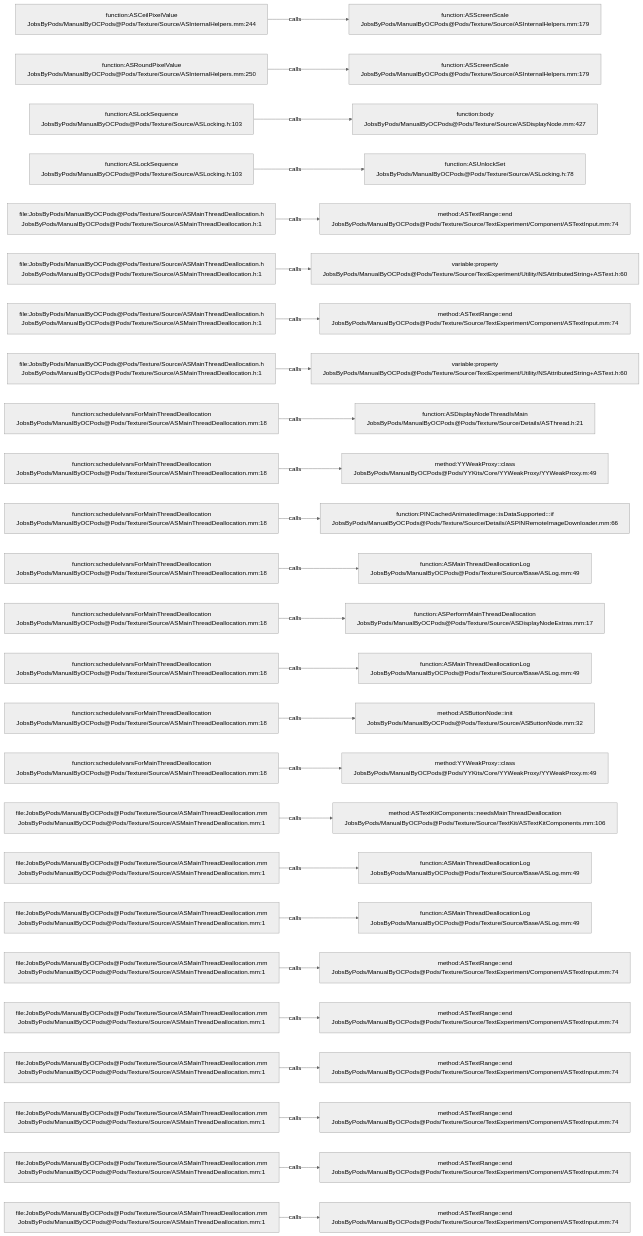
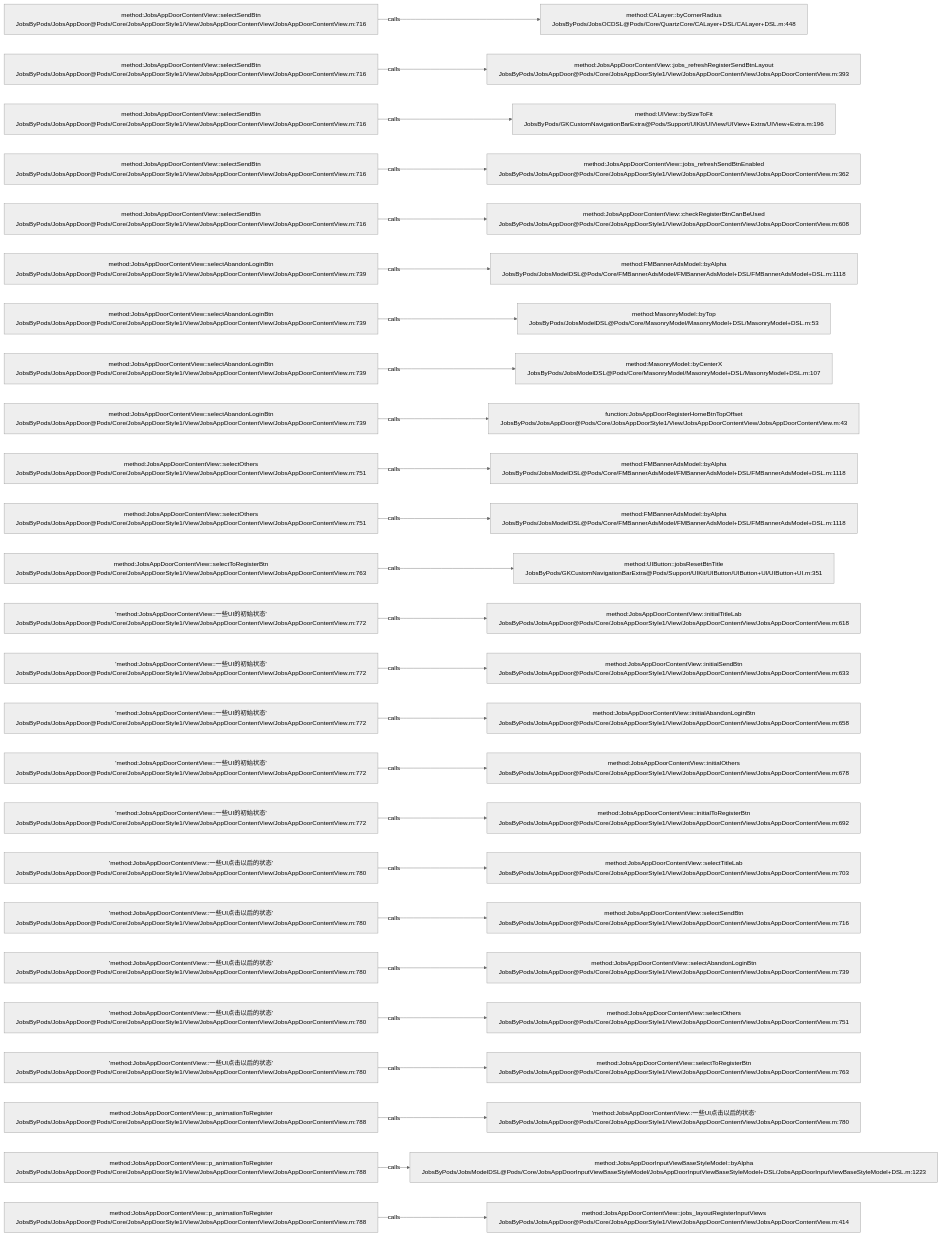
Before and after one commit to JobsKits/JobsOCBaseConfigDemo: the diagram in .codegraph/codegraph.md/graphs/calls-097.md, drawn with Mermaid (neutral theme). The commit also changed 768 other files, not shown here.

````diff
--- a/.codegraph/codegraph.md/graphs/calls-097.md
+++ b/.codegraph/codegraph.md/graphs/calls-097.md
@@ -13,78 +13,78 @@
 ```mermaid
 flowchart LR
-  S1["function:ASCeilPixelValue<br/>JobsByPods/ManualByOCPods@Pods/Texture/Source/ASInternalHelpers.mm:244"]
-  T1["function:ASScreenScale<br/>JobsByPods/ManualByOCPods@Pods/Texture/Source/ASInternalHelpers.mm:179"]
+  S1["method:JobsAppDoorContentView::selectSendBtn<br/>JobsByPods/JobsAppDoor@Pods/Core/JobsAppDoorStyle1/View/JobsAppDoorContentView/JobsAppDoorContentView.m:716"]
+  T1["method:CALayer::byCornerRadius<br/>JobsByPods/JobsOCDSL@Pods/Core/QuartzCore/CALayer+DSL/CALayer+DSL.m:448"]
   S1 -->|calls| T1
-  S2["function:ASRoundPixelValue<br/>JobsByPods/ManualByOCPods@Pods/Texture/Source/ASInternalHelpers.mm:250"]
-  T2["function:ASScreenScale<br/>JobsByPods/ManualByOCPods@Pods/Texture/Source/ASInternalHelpers.mm:179"]
+  S2["method:JobsAppDoorContentView::selectSendBtn<br/>JobsByPods/JobsAppDoor@Pods/Core/JobsAppDoorStyle1/View/JobsAppDoorContentView/JobsAppDoorContentView.m:716"]
+  T2["method:JobsAppDoorContentView::jobs_refreshRegisterSendBtnLayout<br/>JobsByPods/JobsAppDoor@Pods/Core/JobsAppDoorStyle1/View/JobsAppDoorContentView/JobsAppDoorContentView.m:393"]
   S2 -->|calls| T2
-  S3["function:ASLockSequence<br/>JobsByPods/ManualByOCPods@Pods/Texture/Source/ASLocking.h:103"]
-  T3["function:body<br/>JobsByPods/ManualByOCPods@Pods/Texture/Source/ASDisplayNode.mm:427"]
+  S3["method:JobsAppDoorContentView::selectSendBtn<br/>JobsByPods/JobsAppDoor@Pods/Core/JobsAppDoorStyle1/View/JobsAppDoorContentView/JobsAppDoorContentView.m:716"]
+  T3["method:UIView::bySizeToFit<br/>JobsByPods/GKCustomNavigationBarExtra@Pods/Support/UIKit/UIView/UIView+Extra/UIView+Extra.m:196"]
   S3 -->|calls| T3
-  S4["function:ASLockSequence<br/>JobsByPods/ManualByOCPods@Pods/Texture/Source/ASLocking.h:103"]
-  T4["function:ASUnlockSet<br/>JobsByPods/ManualByOCPods@Pods/Texture/Source/ASLocking.h:78"]
+  S4["method:JobsAppDoorContentView::selectSendBtn<br/>JobsByPods/JobsAppDoor@Pods/Core/JobsAppDoorStyle1/View/JobsAppDoorContentView/JobsAppDoorContentView.m:716"]
+  T4["method:JobsAppDoorContentView::jobs_refreshSendBtnEnabled<br/>JobsByPods/JobsAppDoor@Pods/Core/JobsAppDoorStyle1/View/JobsAppDoorContentView/JobsAppDoorContentView.m:362"]
   S4 -->|calls| T4
-  S5["file:JobsByPods/ManualByOCPods@Pods/Texture/Source/ASMainThreadDeallocation.h<br/>JobsByPods/ManualByOCPods@Pods/Texture/Source/ASMainThreadDeallocation.h:1"]
-  T5["method:ASTextRange::end<br/>JobsByPods/ManualByOCPods@Pods/Texture/Source/TextExperiment/Component/ASTextInput.mm:74"]
+  S5["method:JobsAppDoorContentView::selectSendBtn<br/>JobsByPods/JobsAppDoor@Pods/Core/JobsAppDoorStyle1/View/JobsAppDoorContentView/JobsAppDoorContentView.m:716"]
+  T5["method:JobsAppDoorContentView::checkRegisterBtnCanBeUsed<br/>JobsByPods/JobsAppDoor@Pods/Core/JobsAppDoorStyle1/View/JobsAppDoorContentView/JobsAppDoorContentView.m:608"]
   S5 -->|calls| T5
-  S6["file:JobsByPods/ManualByOCPods@Pods/Texture/Source/ASMainThreadDeallocation.h<br/>JobsByPods/ManualByOCPods@Pods/Texture/Source/ASMainThreadDeallocation.h:1"]
-  T6["variable:property<br/>JobsByPods/ManualByOCPods@Pods/Texture/Source/TextExperiment/Utility/NSAttributedString+ASText.h:60"]
+  S6["method:JobsAppDoorContentView::selectAbandonLoginBtn<br/>JobsByPods/JobsAppDoor@Pods/Core/JobsAppDoorStyle1/View/JobsAppDoorContentView/JobsAppDoorContentView.m:739"]
+  T6["method:FMBannerAdsModel::byAlpha<br/>JobsByPods/JobsModelDSL@Pods/Core/FMBannerAdsModel/FMBannerAdsModel+DSL/FMBannerAdsModel+DSL.m:1118"]
   S6 -->|calls| T6
-  S7["file:JobsByPods/ManualByOCPods@Pods/Texture/Source/ASMainThreadDeallocation.h<br/>JobsByPods/ManualByOCPods@Pods/Texture/Source/ASMainThreadDeallocation.h:1"]
-  T7["method:ASTextRange::end<br/>JobsByPods/ManualByOCPods@Pods/Texture/Source/TextExperiment/Component/ASTextInput.mm:74"]
+  S7["method:JobsAppDoorContentView::selectAbandonLoginBtn<br/>JobsByPods/JobsAppDoor@Pods/Core/JobsAppDoorStyle1/View/JobsAppDoorContentView/JobsAppDoorContentView.m:739"]
+  T7["method:MasonryModel::byTop<br/>JobsByPods/JobsModelDSL@Pods/Core/MasonryModel/MasonryModel+DSL/MasonryModel+DSL.m:53"]
   S7 -->|calls| T7
-  S8["file:JobsByPods/ManualByOCPods@Pods/Texture/Source/ASMainThreadDeallocation.h<br/>JobsByPods/ManualByOCPods@Pods/Texture/Source/ASMainThreadDeallocation.h:1"]
-  T8["variable:property<br/>JobsByPods/ManualByOCPods@Pods/Texture/Source/TextExperiment/Utility/NSAttributedString+ASText.h:60"]
+  S8["method:JobsAppDoorContentView::selectAbandonLoginBtn<br/>JobsByPods/JobsAppDoor@Pods/Core/JobsAppDoorStyle1/View/JobsAppDoorContentView/JobsAppDoorContentView.m:739"]
+  T8["method:MasonryModel::byCenterX<br/>JobsByPods/JobsModelDSL@Pods/Core/MasonryModel/MasonryModel+DSL/MasonryModel+DSL.m:107"]
   S8 -->|calls| T8
-  S9["function:scheduleIvarsForMainThreadDeallocation<br/>JobsByPods/ManualByOCPods@Pods/Texture/Source/ASMainThreadDeallocation.mm:18"]
-  T9["function:ASDisplayNodeThreadIsMain<br/>JobsByPods/ManualByOCPods@Pods/Texture/Source/Details/ASThread.h:21"]
+  S9["method:JobsAppDoorContentView::selectAbandonLoginBtn<br/>JobsByPods/JobsAppDoor@Pods/Core/JobsAppDoorStyle1/View/JobsAppDoorContentView/JobsAppDoorContentView.m:739"]
+  T9["function:JobsAppDoorRegisterHomeBtnTopOffset<br/>JobsByPods/JobsAppDoor@Pods/Core/JobsAppDoorStyle1/View/JobsAppDoorContentView/JobsAppDoorContentView.m:43"]
   S9 -->|calls| T9
-  S10["function:scheduleIvarsForMainThreadDeallocation<br/>JobsByPods/ManualByOCPods@Pods/Texture/Source/ASMainThreadDeallocation.mm:18"]
-  T10["method:YYWeakProxy::class<br/>JobsByPods/ManualByOCPods@Pods/YYKits/Core/YYWeakProxy/YYWeakProxy.m:49"]
+  S10["method:JobsAppDoorContentView::selectOthers<br/>JobsByPods/JobsAppDoor@Pods/Core/JobsAppDoorStyle1/View/JobsAppDoorContentView/JobsAppDoorContentView.m:751"]
+  T10["method:FMBannerAdsModel::byAlpha<br/>JobsByPods/JobsModelDSL@Pods/Core/FMBannerAdsModel/FMBannerAdsModel+DSL/FMBannerAdsModel+DSL.m:1118"]
   S10 -->|calls| T10
-  S11["function:scheduleIvarsForMainThreadDeallocation<br/>JobsByPods/ManualByOCPods@Pods/Texture/Source/ASMainThreadDeallocation.mm:18"]
-  T11["function:PINCachedAnimatedImage::isDataSupported:::if<br/>JobsByPods/ManualByOCPods@Pods/Texture/Source/Details/ASPINRemoteImageDownloader.mm:66"]
+  S11["method:JobsAppDoorContentView::selectOthers<br/>JobsByPods/JobsAppDoor@Pods/Core/JobsAppDoorStyle1/View/JobsAppDoorContentView/JobsAppDoorContentView.m:751"]
+  T11["method:FMBannerAdsModel::byAlpha<br/>JobsByPods/JobsModelDSL@Pods/Core/FMBannerAdsModel/FMBannerAdsModel+DSL/FMBannerAdsModel+DSL.m:1118"]
   S11 -->|calls| T11
-  S12["function:scheduleIvarsForMainThreadDeallocation<br/>JobsByPods/ManualByOCPods@Pods/Texture/Source/ASMainThreadDeallocation.mm:18"]
-  T12["function:ASMainThreadDeallocationLog<br/>JobsByPods/ManualByOCPods@Pods/Texture/Source/Base/ASLog.mm:49"]
+  S12["method:JobsAppDoorContentView::selectToRegisterBtn<br/>JobsByPods/JobsAppDoor@Pods/Core/JobsAppDoorStyle1/View/JobsAppDoorContentView/JobsAppDoorContentView.m:763"]
+  T12["method:UIButton::jobsResetBtnTitle<br/>JobsByPods/GKCustomNavigationBarExtra@Pods/Support/UIKit/UIButton/UIButton+UI/UIButton+UI.m:351"]
   S12 -->|calls| T12
-  S13["function:scheduleIvarsForMainThreadDeallocation<br/>JobsByPods/ManualByOCPods@Pods/Texture/Source/ASMainThreadDeallocation.mm:18"]
-  T13["function:ASPerformMainThreadDeallocation<br/>JobsByPods/ManualByOCPods@Pods/Texture/Source/ASDisplayNodeExtras.mm:17"]
+  S13["'method:JobsAppDoorContentView::一些UI的初始状态'<br/>JobsByPods/JobsAppDoor@Pods/Core/JobsAppDoorStyle1/View/JobsAppDoorContentView/JobsAppDoorContentView.m:772"]
+  T13["method:JobsAppDoorContentView::initialTitleLab<br/>JobsByPods/JobsAppDoor@Pods/Core/JobsAppDoorStyle1/View/JobsAppDoorContentView/JobsAppDoorContentView.m:618"]
   S13 -->|calls| T13
-  S14["function:scheduleIvarsForMainThreadDeallocation<br/>JobsByPods/ManualByOCPods@Pods/Texture/Source/ASMainThreadDeallocation.mm:18"]
-  T14["function:ASMainThreadDeallocationLog<br/>JobsByPods/ManualByOCPods@Pods/Texture/Source/Base/ASLog.mm:49"]
+  S14["'method:JobsAppDoorContentView::一些UI的初始状态'<br/>JobsByPods/JobsAppDoor@Pods/Core/JobsAppDoorStyle1/View/JobsAppDoorContentView/JobsAppDoorContentView.m:772"]
+  T14["method:JobsAppDoorContentView::initialSendBtn<br/>JobsByPods/JobsAppDoor@Pods/Core/JobsAppDoorStyle1/View/JobsAppDoorContentView/JobsAppDoorContentView.m:633"]
   S14 -->|calls| T14
-  S15["function:scheduleIvarsForMainThreadDeallocation<br/>JobsByPods/ManualByOCPods@Pods/Texture/Source/ASMainThreadDeallocation.mm:18"]
-  T15["method:ASButtonNode::init<br/>JobsByPods/ManualByOCPods@Pods/Texture/Source/ASButtonNode.mm:32"]
+  S15["'method:JobsAppDoorContentView::一些UI的初始状态'<br/>JobsByPods/JobsAppDoor@Pods/Core/JobsAppDoorStyle1/View/JobsAppDoorContentView/JobsAppDoorContentView.m:772"]
+  T15["method:JobsAppDoorContentView::initialAbandonLoginBtn<br/>JobsByPods/JobsAppDoor@Pods/Core/JobsAppDoorStyle1/View/JobsAppDoorContentView/JobsAppDoorContentView.m:658"]
   S15 -->|calls| T15
-  S16["function:scheduleIvarsForMainThreadDeallocation<br/>JobsByPods/ManualByOCPods@Pods/Texture/Source/ASMainThreadDeallocation.mm:18"]
-  T16["method:YYWeakProxy::class<br/>JobsByPods/ManualByOCPods@Pods/YYKits/Core/YYWeakProxy/YYWeakProxy.m:49"]
+  S16["'method:JobsAppDoorContentView::一些UI的初始状态'<br/>JobsByPods/JobsAppDoor@Pods/Core/JobsAppDoorStyle1/View/JobsAppDoorContentView/JobsAppDoorContentView.m:772"]
+  T16["method:JobsAppDoorContentView::initialOthers<br/>JobsByPods/JobsAppDoor@Pods/Core/JobsAppDoorStyle1/View/JobsAppDoorContentView/JobsAppDoorContentView.m:678"]
   S16 -->|calls| T16
-  S17["file:JobsByPods/ManualByOCPods@Pods/Texture/Source/ASMainThreadDeallocation.mm<br/>JobsByPods/ManualByOCPods@Pods/Texture/Source/ASMainThreadDeallocation.mm:1"]
-  T17["method:ASTextKitComponents::needsMainThreadDeallocation<br/>JobsByPods/ManualByOCPods@Pods/Texture/Source/TextKit/ASTextKitComponents.mm:106"]
+  S17["'method:JobsAppDoorContentView::一些UI的初始状态'<br/>JobsByPods/JobsAppDoor@Pods/Core/JobsAppDoorStyle1/View/JobsAppDoorContentView/JobsAppDoorContentView.m:772"]
+  T17["method:JobsAppDoorContentView::initialToRegisterBtn<br/>JobsByPods/JobsAppDoor@Pods/Core/JobsAppDoorStyle1/View/JobsAppDoorContentView/JobsAppDoorContentView.m:692"]
   S17 -->|calls| T17
-  S18["file:JobsByPods/ManualByOCPods@Pods/Texture/Source/ASMainThreadDeallocation.mm<br/>JobsByPods/ManualByOCPods@Pods/Texture/Source/ASMainThreadDeallocation.mm:1"]
-  T18["function:ASMainThreadDeallocationLog<br/>JobsByPods/ManualByOCPods@Pods/Texture/Source/Base/ASLog.mm:49"]
+  S18["'method:JobsAppDoorContentView::一些UI点击以后的状态'<br/>JobsByPods/JobsAppDoor@Pods/Core/JobsAppDoorStyle1/View/JobsAppDoorContentView/JobsAppDoorContentView.m:780"]
+  T18["method:JobsAppDoorContentView::selectTitleLab<br/>JobsByPods/JobsAppDoor@Pods/Core/JobsAppDoorStyle1/View/JobsAppDoorContentView/JobsAppDoorContentView.m:703"]
   S18 -->|calls| T18
-  S19["file:JobsByPods/ManualByOCPods@Pods/Texture/Source/ASMainThreadDeallocation.mm<br/>JobsByPods/ManualByOCPods@Pods/Texture/Source/ASMainThreadDeallocation.mm:1"]
-  T19["function:ASMainThreadDeallocationLog<br/>JobsByPods/ManualByOCPods@Pods/Texture/Source/Base/ASLog.mm:49"]
+  S19["'method:JobsAppDoorContentView::一些UI点击以后的状态'<br/>JobsByPods/JobsAppDoor@Pods/Core/JobsAppDoorStyle1/View/JobsAppDoorContentView/JobsAppDoorContentView.m:780"]
+  T19["method:JobsAppDoorContentView::selectSendBtn<br/>JobsByPods/JobsAppDoor@Pods/Core/JobsAppDoorStyle1/View/JobsAppDoorContentView/JobsAppDoorContentView.m:716"]
   S19 -->|calls| T19
-  S20["file:JobsByPods/ManualByOCPods@Pods/Texture/Source/ASMainThreadDeallocation.mm<br/>JobsByPods/ManualByOCPods@Pods/Texture/Source/ASMainThreadDeallocation.mm:1"]
-  T20["method:ASTextRange::end<br/>JobsByPods/ManualByOCPods@Pods/Texture/Source/TextExperiment/Component/ASTextInput.mm:74"]
+  S20["'method:JobsAppDoorContentView::一些UI点击以后的状态'<br/>JobsByPods/JobsAppDoor@Pods/Core/JobsAppDoorStyle1/View/JobsAppDoorContentView/JobsAppDoorContentView.m:780"]
+  T20["method:JobsAppDoorContentView::selectAbandonLoginBtn<br/>JobsByPods/JobsAppDoor@Pods/Core/JobsAppDoorStyle1/View/JobsAppDoorContentView/JobsAppDoorContentView.m:739"]
   S20 -->|calls| T20
-  S21["file:JobsByPods/ManualByOCPods@Pods/Texture/Source/ASMainThreadDeallocation.mm<br/>JobsByPods/ManualByOCPods@Pods/Texture/Source/ASMainThreadDeallocation.mm:1"]
-  T21["method:ASTextRange::end<br/>JobsByPods/ManualByOCPods@Pods/Texture/Source/TextExperiment/Component/ASTextInput.mm:74"]
+  S21["'method:JobsAppDoorContentView::一些UI点击以后的状态'<br/>JobsByPods/JobsAppDoor@Pods/Core/JobsAppDoorStyle1/View/JobsAppDoorContentView/JobsAppDoorContentView.m:780"]
+  T21["method:JobsAppDoorContentView::selectOthers<br/>JobsByPods/JobsAppDoor@Pods/Core/JobsAppDoorStyle1/View/JobsAppDoorContentView/JobsAppDoorContentView.m:751"]
   S21 -->|calls| T21
-  S22["file:JobsByPods/ManualByOCPods@Pods/Texture/Source/ASMainThreadDeallocation.mm<br/>JobsByPods/ManualByOCPods@Pods/Texture/Source/ASMainThreadDeallocation.mm:1"]
-  T22["method:ASTextRange::end<br/>JobsByPods/ManualByOCPods@Pods/Texture/Source/TextExperiment/Component/ASTextInput.mm:74"]
+  S22["'method:JobsAppDoorContentView::一些UI点击以后的状态'<br/>JobsByPods/JobsAppDoor@Pods/Core/JobsAppDoorStyle1/View/JobsAppDoorContentView/JobsAppDoorContentView.m:780"]
+  T22["method:JobsAppDoorContentView::selectToRegisterBtn<br/>JobsByPods/JobsAppDoor@Pods/Core/JobsAppDoorStyle1/View/JobsAppDoorContentView/JobsAppDoorContentView.m:763"]
   S22 -->|calls| T22
-  S23["file:JobsByPods/ManualByOCPods@Pods/Texture/Source/ASMainThreadDeallocation.mm<br/>JobsByPods/ManualByOCPods@Pods/Texture/Source/ASMainThreadDeallocation.mm:1"]
-  T23["method:ASTextRange::end<br/>JobsByPods/ManualByOCPods@Pods/Texture/Source/TextExperiment/Component/ASTextInput.mm:74"]
+  S23["method:JobsAppDoorContentView::p_animationToRegister<br/>JobsByPods/JobsAppDoor@Pods/Core/JobsAppDoorStyle1/View/JobsAppDoorContentView/JobsAppDoorContentView.m:788"]
+  T23["'method:JobsAppDoorContentView::一些UI点击以后的状态'<br/>JobsByPods/JobsAppDoor@Pods/Core/JobsAppDoorStyle1/View/JobsAppDoorContentView/JobsAppDoorContentView.m:780"]
   S23 -->|calls| T23
-  S24["file:JobsByPods/ManualByOCPods@Pods/Texture/Source/ASMainThreadDeallocation.mm<br/>JobsByPods/ManualByOCPods@Pods/Texture/Source/ASMainThreadDeallocation.mm:1"]
-  T24["method:ASTextRange::end<br/>JobsByPods/ManualByOCPods@Pods/Texture/Source/TextExperiment/Component/ASTextInput.mm:74"]
+  S24["method:JobsAppDoorContentView::p_animationToRegister<br/>JobsByPods/JobsAppDoor@Pods/Core/JobsAppDoorStyle1/View/JobsAppDoorContentView/JobsAppDoorContentView.m:788"]
+  T24["method:JobsAppDoorInputViewBaseStyleModel::byAlpha<br/>JobsByPods/JobsModelDSL@Pods/Core/JobsAppDoorInputViewBaseStyleModel/JobsAppDoorInputViewBaseStyleModel+DSL/JobsAppDoorInputViewBaseStyleModel+DSL.m:1223"]
   S24 -->|calls| T24
-  S25["file:JobsByPods/ManualByOCPods@Pods/Texture/Source/ASMainThreadDeallocation.mm<br/>JobsByPods/ManualByOCPods@Pods/Texture/Source/ASMainThreadDeallocation.mm:1"]
-  T25["method:ASTextRange::end<br/>JobsByPods/ManualByOCPods@Pods/Texture/Source/TextExperiment/Component/ASTextInput.mm:74"]
+  S25["method:JobsAppDoorContentView::p_animationToRegister<br/>JobsByPods/JobsAppDoor@Pods/Core/JobsAppDoorStyle1/View/JobsAppDoorContentView/JobsAppDoorContentView.m:788"]
+  T25["method:JobsAppDoorContentView::jobs_layoutRegisterInputViews<br/>JobsByPods/JobsAppDoor@Pods/Core/JobsAppDoorStyle1/View/JobsAppDoorContentView/JobsAppDoorContentView.m:414"]
   S25 -->|calls| T25
 ```
````
